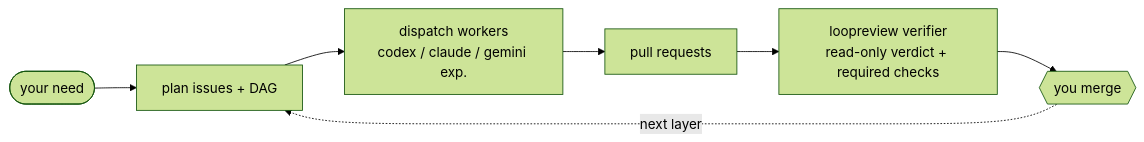
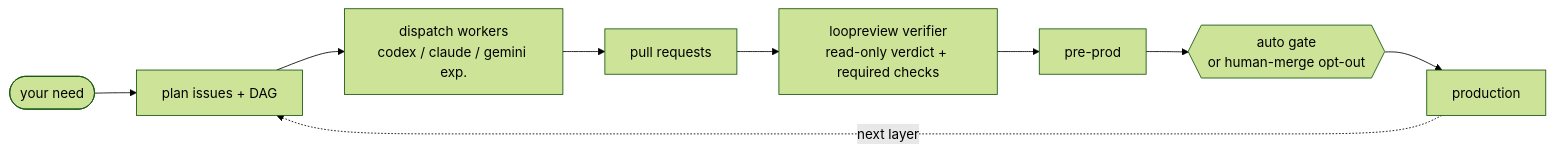
One commit to jasonhnd/loopcoder changed the diagram in README.md. Above: the diagram before and after it, drawn with Mermaid (forest theme). The commit also changed other lines of this file and 8 other files, not shown here.

Commit message:
slice E (0.4.1): flip default gate to auto + docs + CHANGELOG; loopcoder itself stays human-merge (per spec 0403) (closes #420) (#421)

````diff
--- a/README.md
+++ b/README.md
@@ -24,9 +24,11 @@
 ```mermaid
 flowchart LR
   need([your need]) --> plan[plan issues + DAG]
   plan --> dispatch[dispatch workers<br/>codex / claude / gemini exp.]
   dispatch --> pr[pull requests]
   pr --> review[loopreview verifier<br/>read-only verdict + required checks]
-  review --> gate{{you merge}}
-  gate -. next layer .-> plan
+  review --> preprod[pre-prod]
+  preprod --> gate{{auto gate<br/>or human-merge opt-out}}
+  gate --> prod[production]
+  prod -. next layer .-> plan
 ```
````
